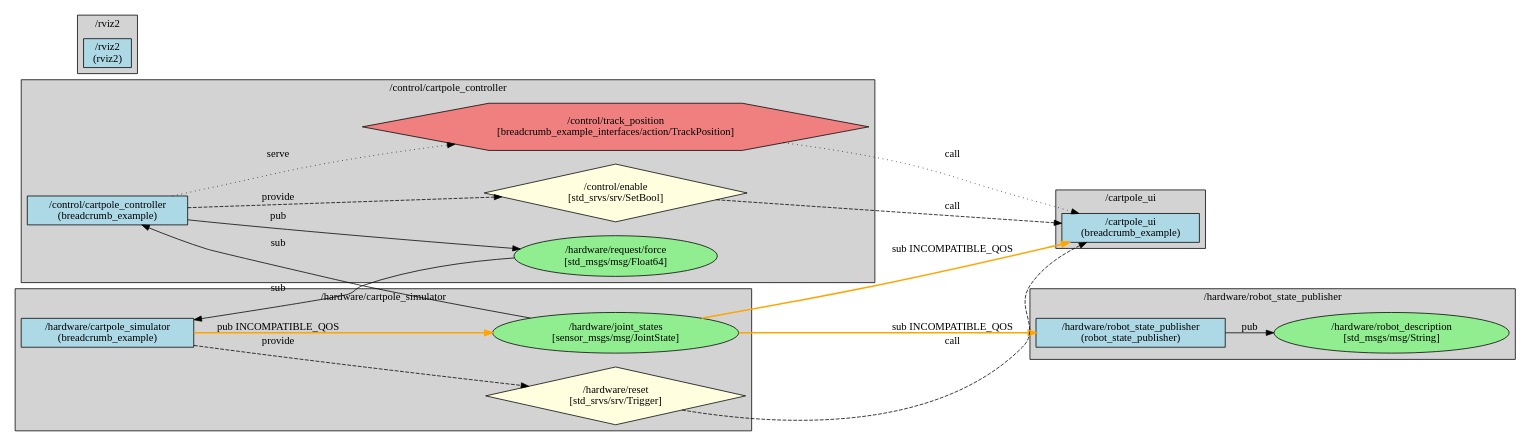
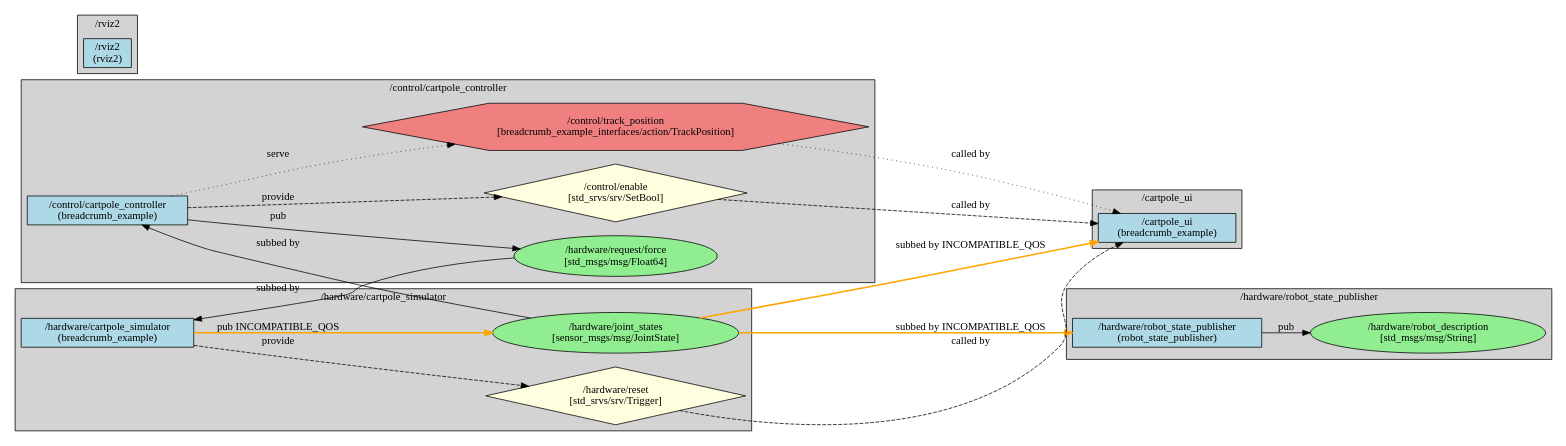
The diagram in breadcrumb_example/ros_graphs/graph_full_system.dot (greenforge-labs/breadcrumb), drawn with Graphviz before and after one commit. The commit also changed 8 other files, not shown here.

```diff
--- a/breadcrumb_example/ros_graphs/graph_full_system.dot
+++ b/breadcrumb_example/ros_graphs/graph_full_system.dot
@@ -1,69 +1,69 @@
 digraph ROS2Graph {
   rankdir=LR;
   node [shape=box];
 
   subgraph cluster__cartpole_ui {
     label="/cartpole_ui";
     style=filled;
     fillcolor=lightgrey;
 
     "/cartpole_ui" [label="/cartpole_ui\n(breadcrumb_example)", style=filled, fillcolor=lightblue];
   }
 
   subgraph cluster__control_cartpole_controller {
     label="/control/cartpole_controller";
     style=filled;
     fillcolor=lightgrey;
 
     "/control/cartpole_controller" [label="/control/cartpole_controller\n(breadcrumb_example)", style=filled, fillcolor=lightblue];
     "/hardware/request/force" [label="/hardware/request/force\n[std_msgs/msg/Float64]", shape=ellipse, style=filled, fillcolor=lightgreen];
     "/control/enable" [label="/control/enable\n[std_srvs/srv/SetBool]", shape=diamond, style=filled, fillcolor=lightyellow];
     "/control/track_position" [label="/control/track_position\n[breadcrumb_example_interfaces/action/TrackPosition]", shape=hexagon, style=filled, fillcolor=lightcoral];
   }
 
   subgraph cluster__hardware_robot_state_publisher {
     label="/hardware/robot_state_publisher";
     style=filled;
     fillcolor=lightgrey;
 
     "/hardware/robot_state_publisher" [label="/hardware/robot_state_publisher\n(robot_state_publisher)", style=filled, fillcolor=lightblue];
     "/hardware/robot_description" [label="/hardware/robot_description\n[std_msgs/msg/String]", shape=ellipse, style=filled, fillcolor=lightgreen];
   }
 
   subgraph cluster__hardware_cartpole_simulator {
     label="/hardware/cartpole_simulator";
     style=filled;
     fillcolor=lightgrey;
 
     "/hardware/cartpole_simulator" [label="/hardware/cartpole_simulator\n(breadcrumb_example)", style=filled, fillcolor=lightblue];
     "/hardware/joint_states" [label="/hardware/joint_states\n[sensor_msgs/msg/JointState]", shape=ellipse, style=filled, fillcolor=lightgreen];
     "/hardware/reset" [label="/hardware/reset\n[std_srvs/srv/Trigger]", shape=diamond, style=filled, fillcolor=lightyellow];
   }
 
   subgraph cluster__rviz2 {
     label="/rviz2";
     style=filled;
     fillcolor=lightgrey;
 
     "/rviz2" [label="/rviz2\n(rviz2)", style=filled, fillcolor=lightblue];
   }
 
   // Topic Edges
   "/hardware/cartpole_simulator" -> "/hardware/joint_states" [label="pub INCOMPATIBLE_QOS", color=orange, style=bold];
-  "/hardware/joint_states" -> "/cartpole_ui" [label="sub INCOMPATIBLE_QOS", color=orange, style=bold];
-  "/hardware/joint_states" -> "/control/cartpole_controller" [label="sub"];
-  "/hardware/joint_states" -> "/hardware/robot_state_publisher" [label="sub INCOMPATIBLE_QOS", color=orange, style=bold];
+  "/hardware/joint_states" -> "/cartpole_ui" [label="subbed by INCOMPATIBLE_QOS", color=orange, style=bold];
+  "/hardware/joint_states" -> "/control/cartpole_controller" [label="subbed by"];
+  "/hardware/joint_states" -> "/hardware/robot_state_publisher" [label="subbed by INCOMPATIBLE_QOS", color=orange, style=bold];
   "/control/cartpole_controller" -> "/hardware/request/force" [label="pub"];
-  "/hardware/request/force" -> "/hardware/cartpole_simulator" [label="sub"];
+  "/hardware/request/force" -> "/hardware/cartpole_simulator" [label="subbed by"];
   "/hardware/robot_state_publisher" -> "/hardware/robot_description" [label="pub"];
 
   // Service Edges
   "/control/cartpole_controller" -> "/control/enable" [label="provide", style=dashed];
-  "/control/enable" -> "/cartpole_ui" [label="call", style=dashed];
+  "/control/enable" -> "/cartpole_ui" [label="called by", style=dashed];
   "/hardware/cartpole_simulator" -> "/hardware/reset" [label="provide", style=dashed];
-  "/hardware/reset" -> "/cartpole_ui" [label="call", style=dashed];
+  "/hardware/reset" -> "/cartpole_ui" [label="called by", style=dashed];
 
   // Action Edges
   "/control/cartpole_controller" -> "/control/track_position" [label="serve", style=dotted];
-  "/control/track_position" -> "/cartpole_ui" [label="call", style=dotted];
+  "/control/track_position" -> "/cartpole_ui" [label="called by", style=dotted];
 }
```
